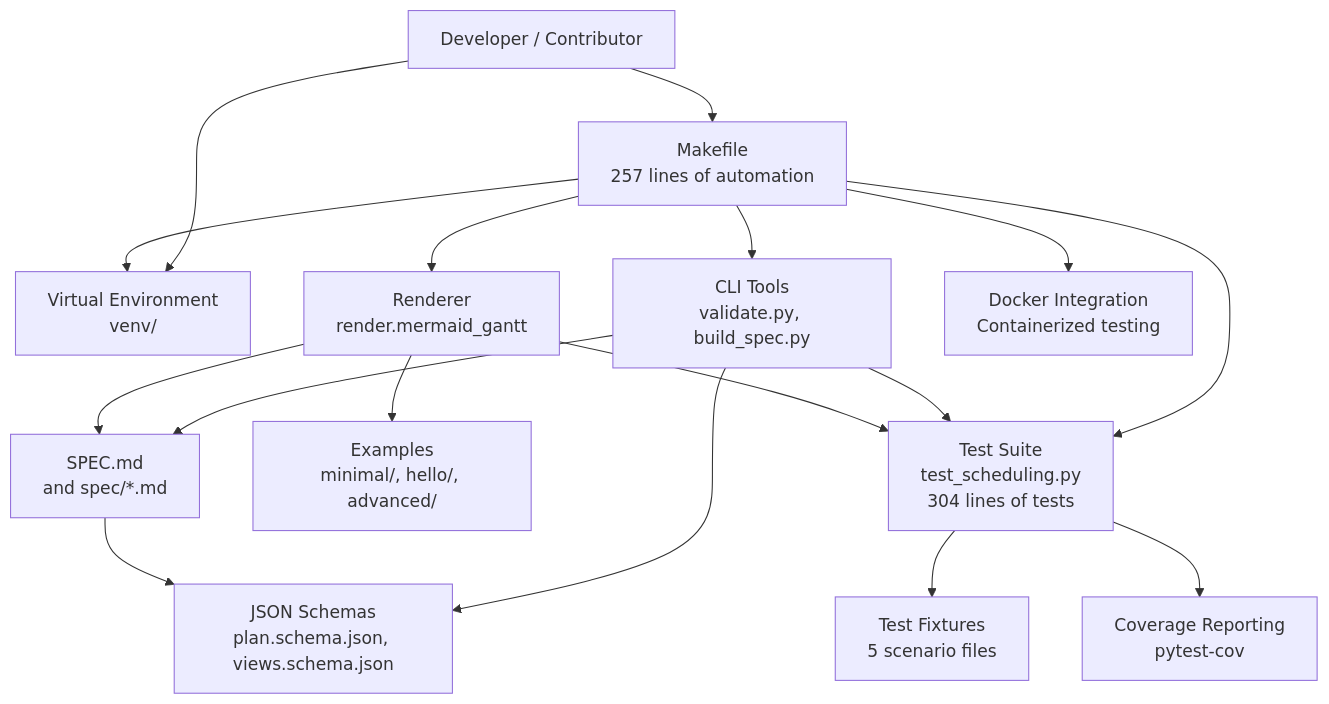
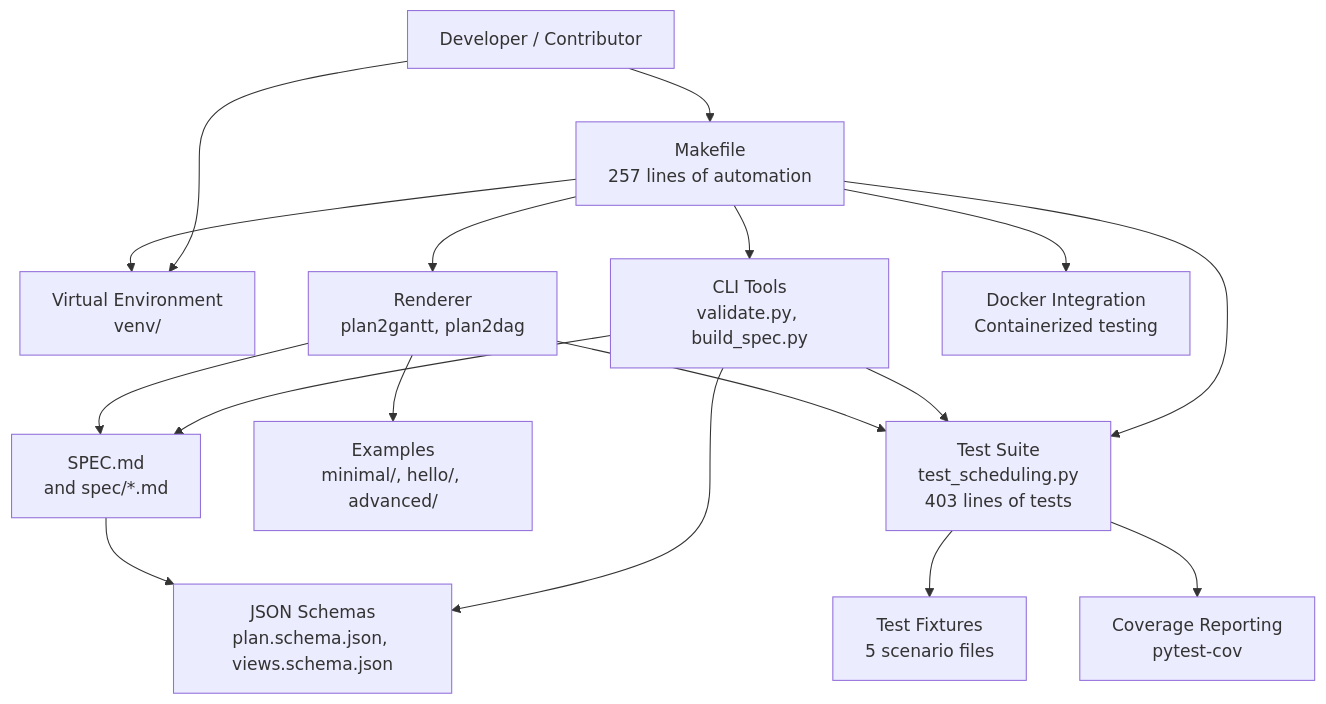
The second of 7 diagrams in .qoder/repowiki/en/content/Development and Contributing.md (asukhodko/opskarta), drawn with Mermaid before and after one commit. The commit also changed other lines of this file and 6 other files, not shown here.

First line of the commit message:
feat(renderer): replace mermaid_gantt with plan2gantt and plan2dag modules

````diff
--- a/.qoder/repowiki/en/content/Development and Contributing.md
+++ b/.qoder/repowiki/en/content/Development and Contributing.md
@@ -216,31 +217,31 @@
 ```mermaid
 graph TB
 user["Developer / Contributor"]
 makefile["Makefile<br/>257 lines of automation"]
 venv["Virtual Environment<br/>venv/"]
 cli["CLI Tools<br/>validate.py, build_spec.py"]
-renderer["Renderer<br/>render.mermaid_gantt"]
+renderer["Renderer<br/>plan2gantt, plan2dag"]
 spec["SPEC.md<br/>and spec/*.md"]
 schemas["JSON Schemas<br/>plan.schema.json, views.schema.json"]
 examples["Examples<br/>minimal/, hello/, advanced/"]
-tests["Test Suite<br/>test_scheduling.py<br/>304 lines of tests"]
+tests["Test Suite<br/>test_scheduling.py<br/>403 lines of tests"]
 fixtures["Test Fixtures<br/>5 scenario files"]
 coverage["Coverage Reporting<br/>pytest-cov"]
 docker["Docker Integration<br/>Containerized testing"]
 user --> makefile
 user --> venv
 makefile --> venv
 makefile --> cli
 makefile --> renderer
 makefile --> tests
 makefile --> docker
 cli --> schemas
 cli --> spec
 cli --> tests
 renderer --> spec
 renderer --> examples
 renderer --> tests
 tests --> fixtures
 tests --> coverage
 spec --> schemas
 ```
````
